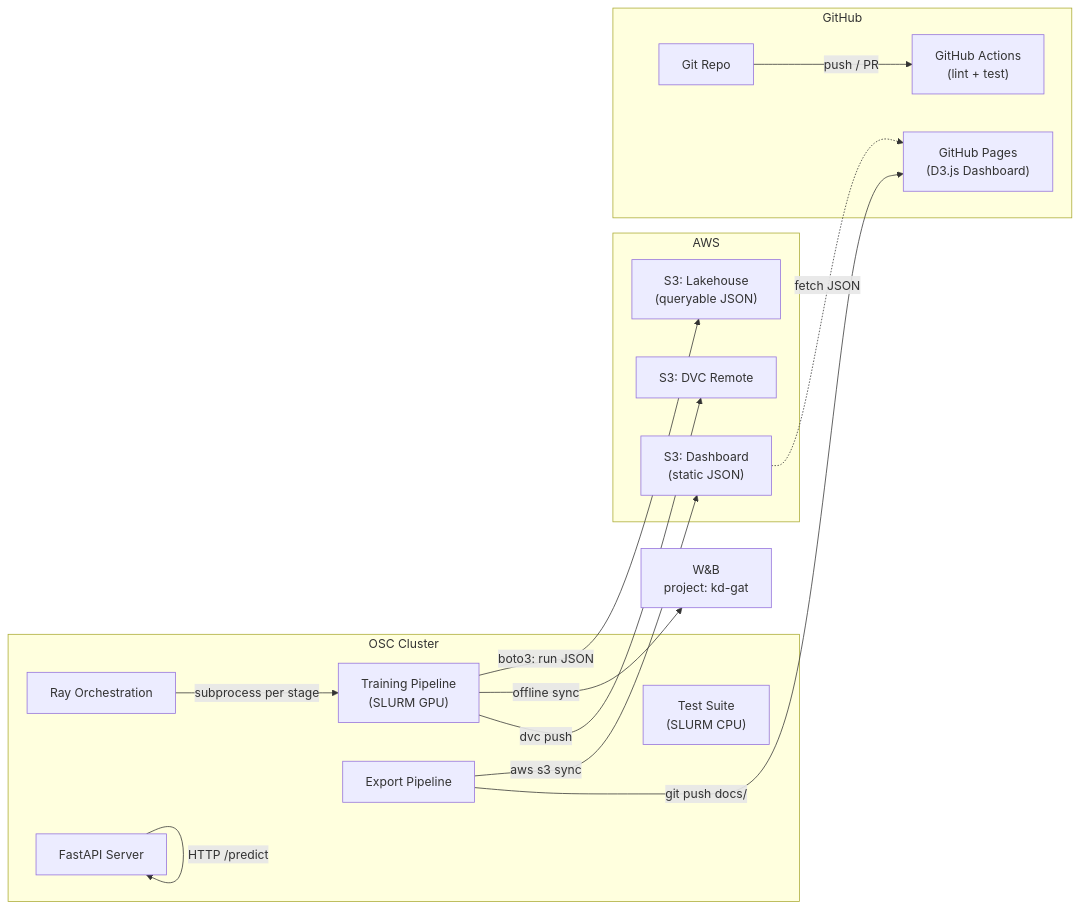
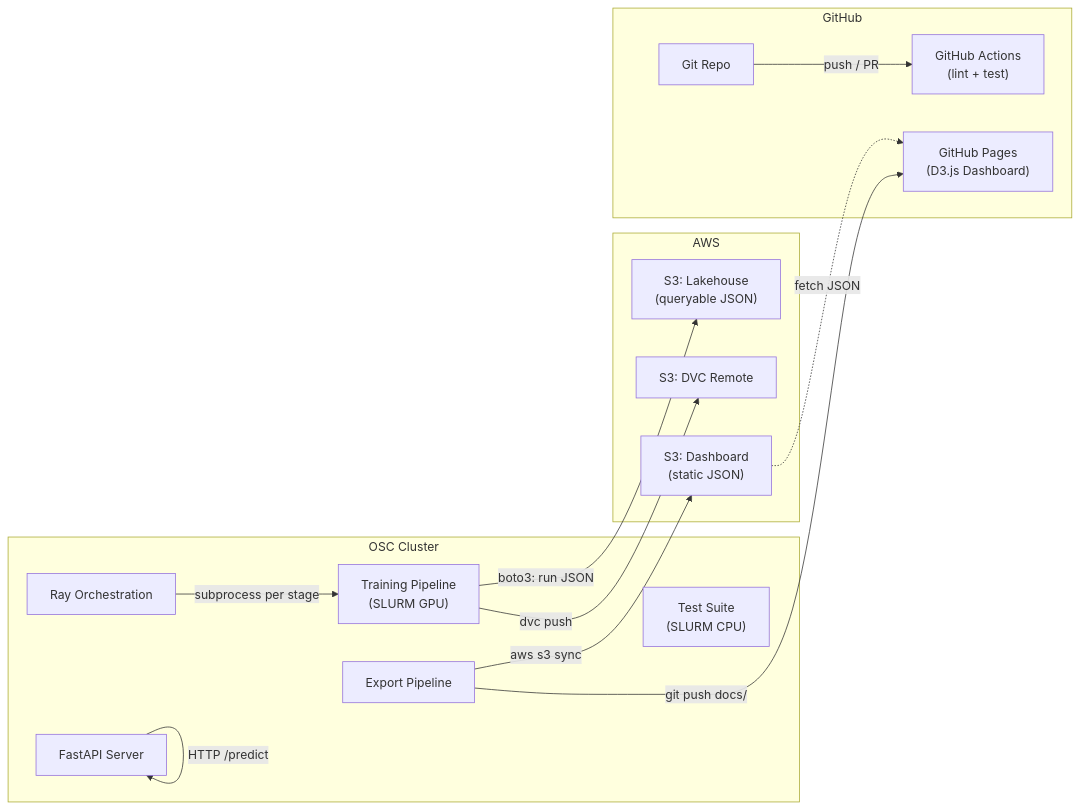
One commit to frenken-lab/graphids changed the second of 3 diagrams in docs/ECOSYSTEM.md. Above: the diagram before and after it, drawn with Mermaid. The commit also changed other lines of this file and 11 other files, not shown here.

````diff
--- a/docs/ECOSYSTEM.md
+++ b/docs/ECOSYSTEM.md
@@ -179,34 +175,31 @@
 ```mermaid
 flowchart LR
     subgraph OSC["OSC Cluster"]
         Ray["Ray Orchestration"]
         Pipeline["Training Pipeline<br/>(SLURM GPU)"]
         Export["Export Pipeline"]
         Tests["Test Suite<br/>(SLURM CPU)"]
         Serve["FastAPI Server"]
     end
 
     subgraph AWS["AWS"]
         S3_DVC["S3: DVC Remote"]
         S3_Lake["S3: Lakehouse<br/>(queryable JSON)"]
         S3_Dash["S3: Dashboard<br/>(static JSON)"]
     end
 
     subgraph GitHub["GitHub"]
         Repo["Git Repo"]
         Actions["GitHub Actions<br/>(lint + test)"]
         Pages["GitHub Pages<br/>(D3.js Dashboard)"]
     end
 
-    WandB["W&B<br/>project: kd-gat"]
-
     Pipeline -->|"boto3: run JSON"| S3_Lake
-    Pipeline -->|"offline sync"| WandB
     Pipeline -->|"dvc push"| S3_DVC
     Export -->|"aws s3 sync"| S3_Dash
     Export -->|"git push docs/"| Pages
     Repo -->|"push / PR"| Actions
     Ray -->|"subprocess per stage"| Pipeline
     Serve -->|"HTTP /predict"| Serve
     S3_Dash -.->|"fetch JSON"| Pages
 ```
````
